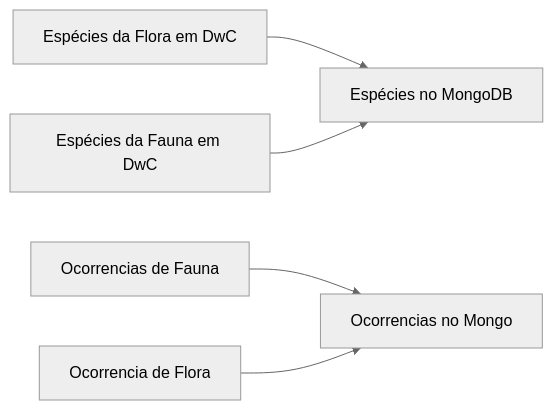
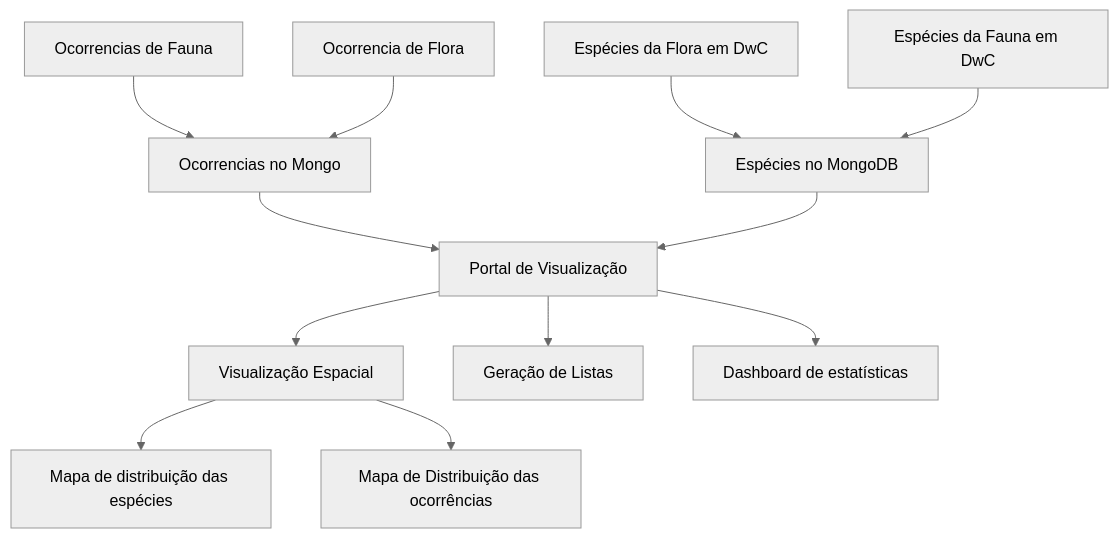
The diagram in README.md (biopinda/Biodiversidade-Online), drawn with Mermaid (neutral theme) before and after one commit.

````diff
--- a/README.md
+++ b/README.md
@@ -6,8 +6,16 @@
 ```mermaid
-flowchart LR
+flowchart TD
     1[Espécies da Flora em DwC] --> A[Espécies no MongoDB]
     2[Espécies da Fauna em DwC] --> A
     3[Ocorrencias de Fauna] --> B[Ocorrencias no Mongo]
     4[Ocorrencia de Flora] --> B
+    B --> 5[Portal de Visualização]
+    A --> 5
+    5 --> 6[Visualização Espacial]
+    5 --> 7[Geração de Listas]
+    5 --> 8[Dashboard de estatísticas]
+    6 --> 9[Mapa de distribuição das espécies]
+    6 --> 10[Mapa de Distribuição das ocorrências]
+
 
 ```
````
